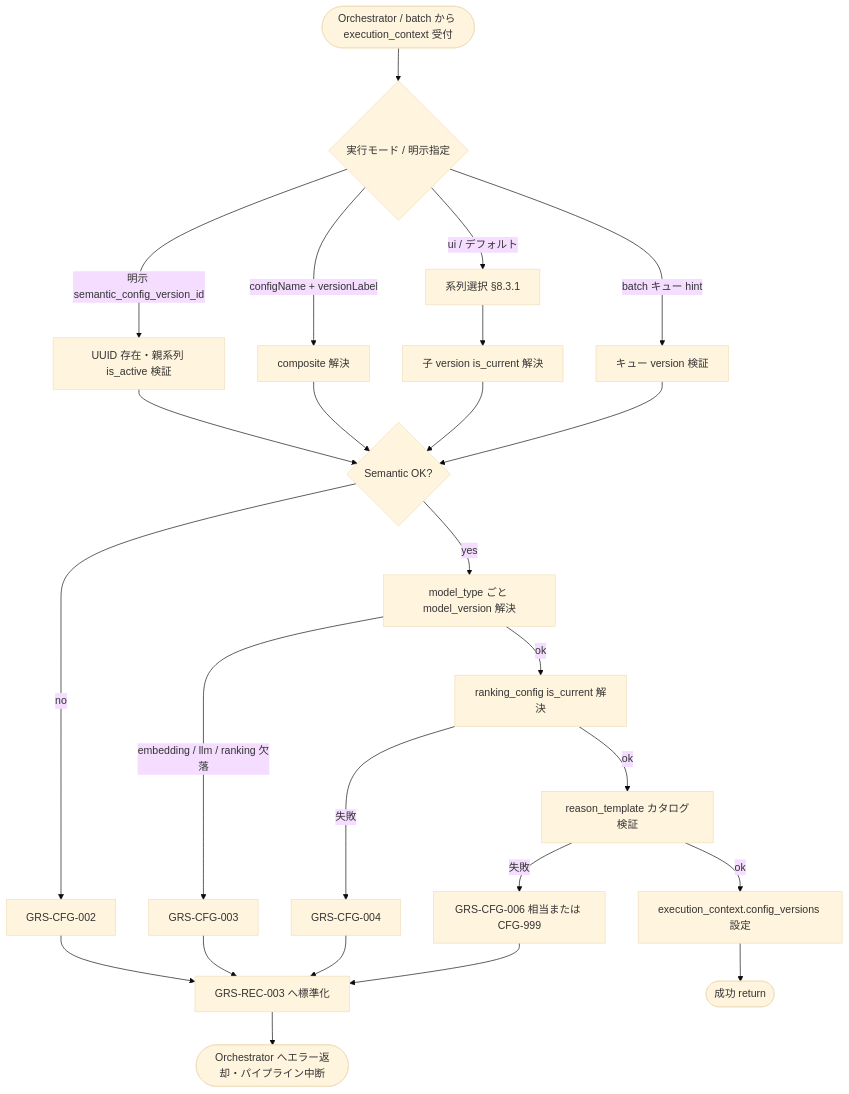
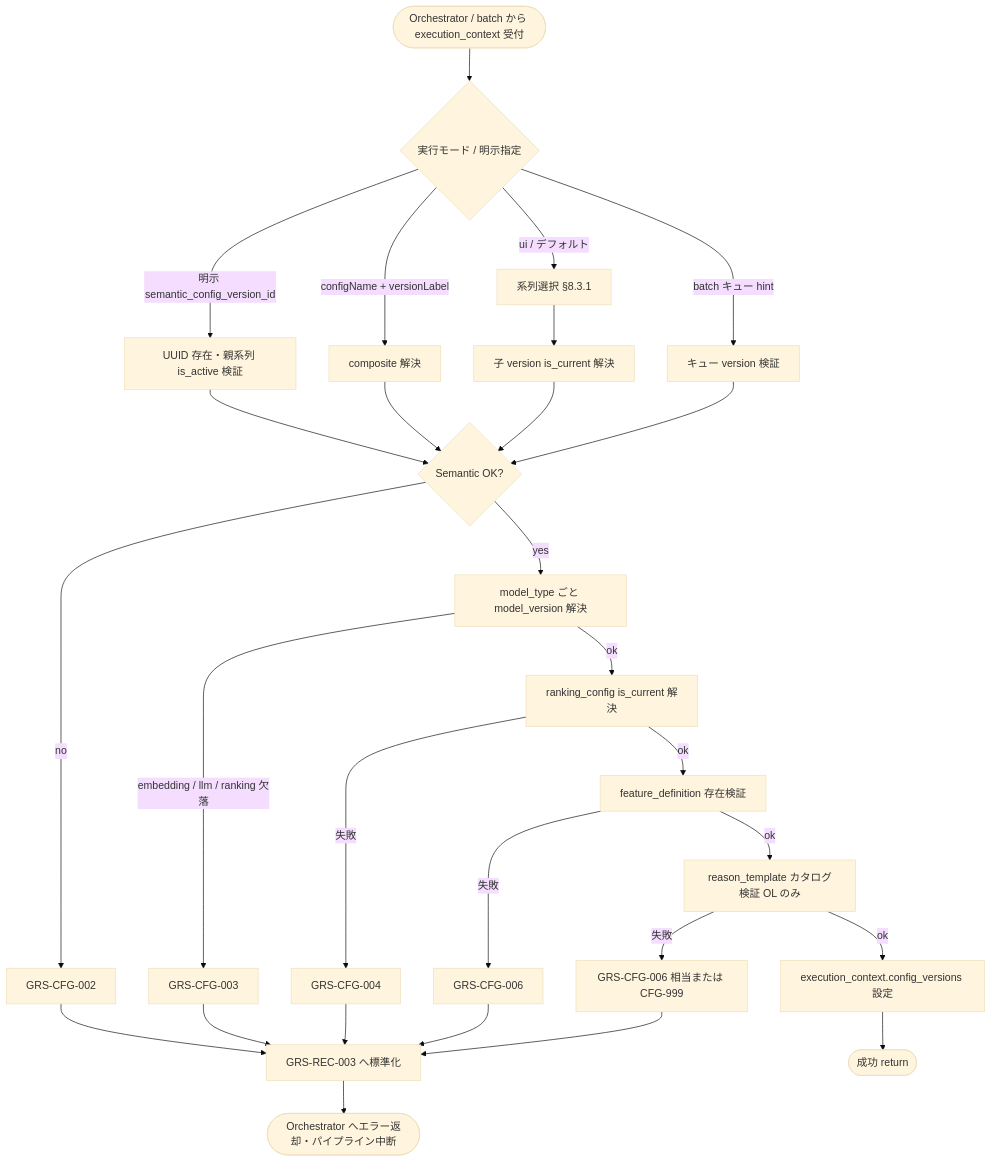
Before and after one commit to ryo-chan-k6/GiftRecommendAPP_MVP_CYCLE_3: the diagram in docs/06_実装設計/reco/MOD-RECO-003_Config Version Resolverモジュール仕様書.md, drawn with Mermaid (base theme). The commit also changed other lines of this file and 5 other files, not shown here.

````diff
--- a/docs/06_実装設計/reco/MOD-RECO-003_Config Version Resolverモジュール仕様書.md
+++ b/docs/06_実装設計/reco/MOD-RECO-003_Config Version Resolverモジュール仕様書.md
@@ -138,34 +153,37 @@
 ```mermaid
 flowchart TD
     START([Orchestrator / batch から execution_context 受付]) --> MODE{実行モード / 明示指定}
 
     MODE -->|明示 semantic_config_version_id| VAL_EXPLICIT[UUID 存在・親系列 is_active 検証]
     MODE -->|configName + versionLabel| VAL_COMPOSITE[composite 解決]
     MODE -->|ui / デフォルト| SERIES[系列選択 §8.3.1]
     MODE -->|batch キュー hint| VAL_BATCH[キュー version 検証]
 
     VAL_EXPLICIT --> SEM_OK{Semantic OK?}
     VAL_COMPOSITE --> SEM_OK
     SERIES --> CHILD[子 version is_current 解決]
     VAL_BATCH --> SEM_OK
     CHILD --> SEM_OK
 
     SEM_OK -->|no| ERR_CFG2[GRS-CFG-002]
     SEM_OK -->|yes| MODEL[model_type ごと model_version 解決]
 
     MODEL -->|embedding / llm / ranking 欠落| ERR_CFG3[GRS-CFG-003]
     MODEL -->|ok| RANK[ranking_config is_current 解決]
 
     RANK -->|失敗| ERR_CFG4[GRS-CFG-004]
-    RANK -->|ok| REASON_CHK[reason_template カタログ検証]
+    RANK -->|ok| FEAT_CHK[feature_definition 存在検証]
+    FEAT_CHK -->|失敗| ERR_CFG6F[GRS-CFG-006]
+    FEAT_CHK -->|ok| REASON_CHK[reason_template カタログ検証 OL のみ]
 
     REASON_CHK -->|失敗| ERR_CFG6[GRS-CFG-006 相当または CFG-999]
     REASON_CHK -->|ok| WRITE_CTX[execution_context.config_versions 設定]
     WRITE_CTX --> OK([成功 return])
 
     ERR_CFG2 --> ERR_REC[GRS-REC-003 へ標準化]
     ERR_CFG3 --> ERR_REC
     ERR_CFG4 --> ERR_REC
+    ERR_CFG6F --> ERR_REC
     ERR_CFG6 --> ERR_REC
     ERR_REC --> FAIL([Orchestrator へエラー返却・パイプライン中断])
 ```
````
